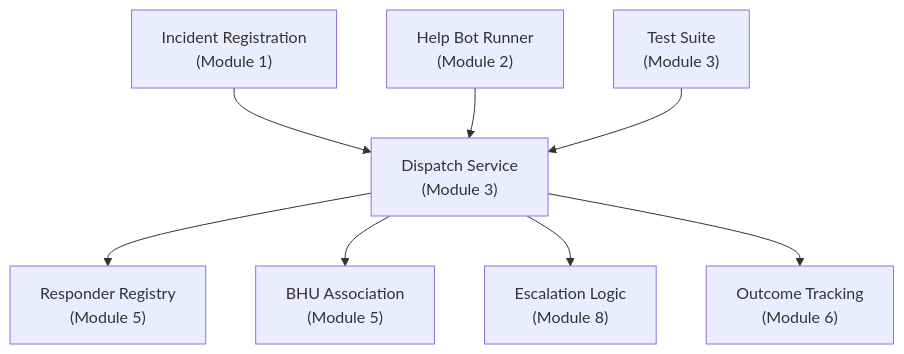
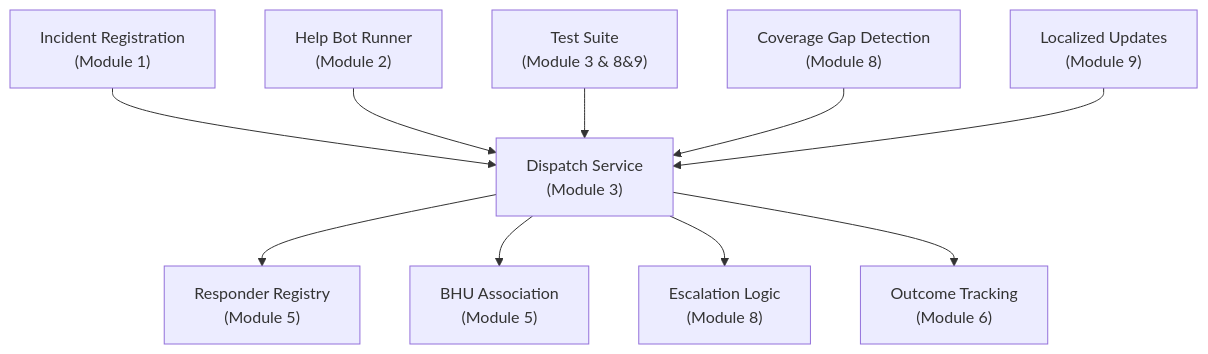
The first of 9 diagrams in .qoder/repowiki/en/content/Matching & Dispatch Engine.md (M-Rumman/LifeLine-Ride), drawn with Mermaid before and after one commit. The commit also changed other lines of this file and 4121 other files, not shown here.

````diff
--- a/.qoder/repowiki/en/content/Matching & Dispatch Engine.md
+++ b/.qoder/repowiki/en/content/Matching & Dispatch Engine.md
@@ -61,10 +66,12 @@
 ```mermaid
 graph TB
 A["Incident Registration<br/>(Module 1)"] --> B["Dispatch Service<br/>(Module 3)"]
 B --> C["Responder Registry<br/>(Module 5)"]
 B --> D["BHU Association<br/>(Module 5)"]
 B --> E["Escalation Logic<br/>(Module 8)"]
 B --> F["Outcome Tracking<br/>(Module 6)"]
 G["Help Bot Runner<br/>(Module 2)"] --> B
-H["Test Suite<br/>(Module 3)"] --> B
+H["Test Suite<br/>(Module 3 & 8&9)"] --> B
+I["Coverage Gap Detection<br/>(Module 8)"] --> B
+J["Localized Updates<br/>(Module 9)"] --> B
 ```
````
